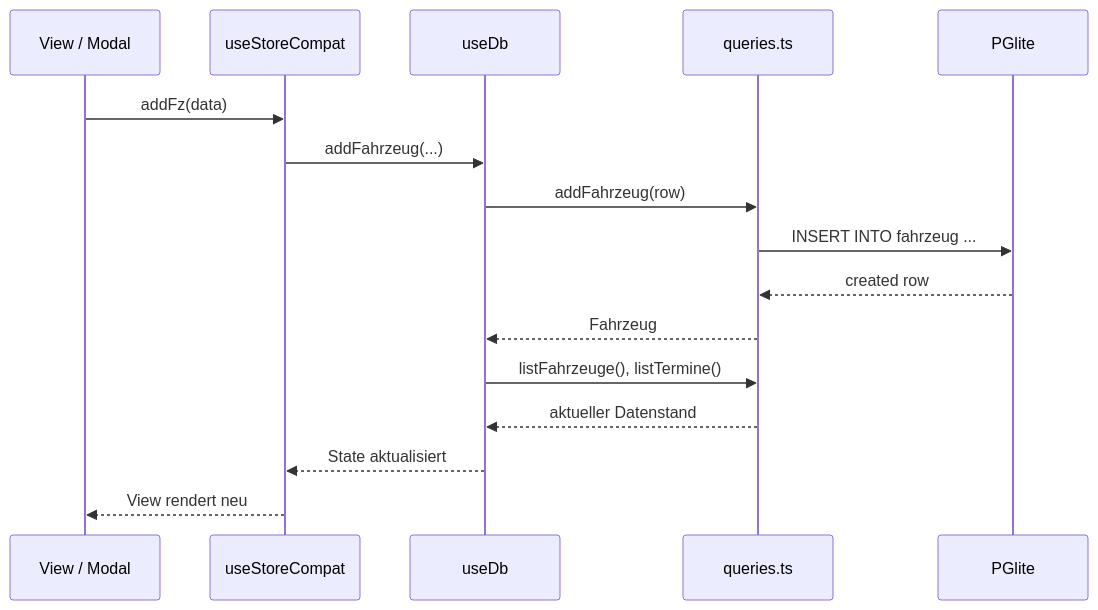
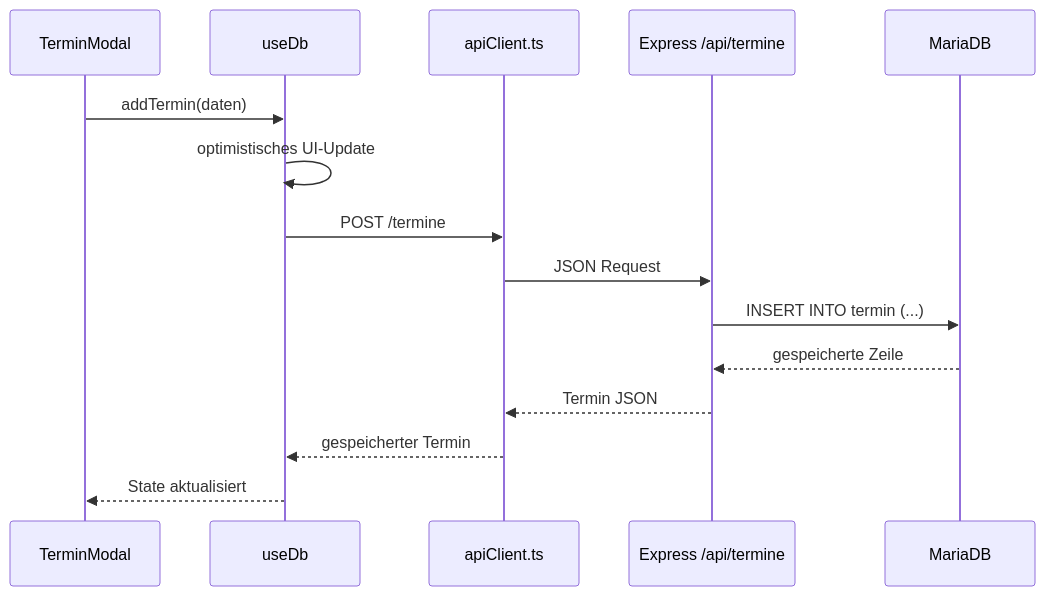
One commit to maroxd3/tuv-workflow-web changed the second of 2 diagrams in docs/design.md. Above: the diagram before and after it, drawn with Mermaid. The commit also changed other lines of this file and 25 other files, not shown here.

````diff
--- a/docs/design.md
+++ b/docs/design.md
@@ -71,19 +42,18 @@
 ```mermaid
 sequenceDiagram
-  participant UI as View / Modal
-  participant Compat as useStoreCompat
+  participant View as TerminModal
   participant Hook as useDb
-  participant Repo as queries.ts
-  participant DB as PGlite
+  participant Client as apiClient.ts
+  participant API as Express /api/termine
+  participant DB as MariaDB
 
-  UI->>Compat: addFz(data)
-  Compat->>Hook: addFahrzeug(...)
-  Hook->>Repo: addFahrzeug(row)
-  Repo->>DB: INSERT INTO fahrzeug ...
-  DB-->>Repo: created row
-  Repo-->>Hook: Fahrzeug
-  Hook->>Repo: listFahrzeuge(), listTermine()
-  Repo-->>Hook: aktueller Datenstand
-  Hook-->>Compat: State aktualisiert
-  Compat-->>UI: View rendert neu
+  View->>Hook: addTermin(daten)
+  Hook->>Hook: optimistisches UI-Update
+  Hook->>Client: POST /termine
+  Client->>API: JSON Request
+  API->>DB: INSERT INTO termin (...)
+  DB-->>API: gespeicherte Zeile
+  API-->>Client: Termin JSON
+  Client-->>Hook: gespeicherter Termin
+  Hook-->>View: State aktualisiert
 ```
````
